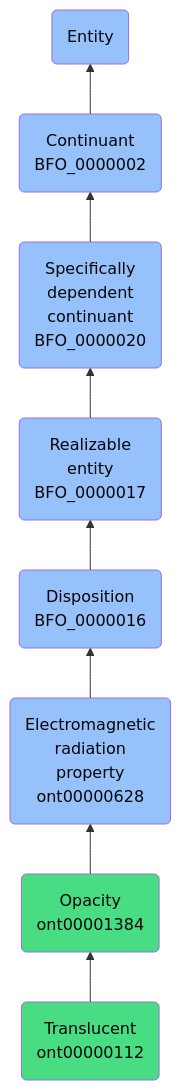
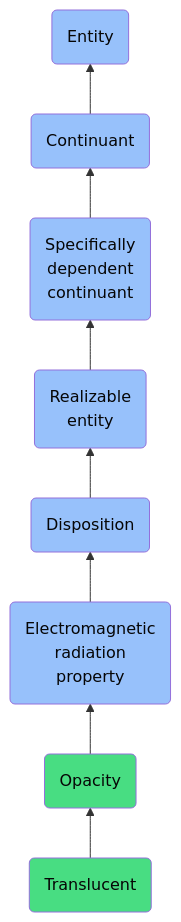
The diagram in docs/ontology/reference/model/Entity/Continuant/Specifically dependent continuant/Realizable entity/Disposition/Electromagnetic radiation property/Opacity/Translucent/Translucent.md (jupyter-naas/abi), drawn with Mermaid before and after one commit. The commit also changed other lines of this file and 1430 other files, not shown here.

````diff
--- a/docs/ontology/reference/model/Entity/Continuant/Specifically dependent continuant/Realizable entity/Disposition/Electromagnetic radiation property/Opacity/Translucent/Translucent.md
+++ b/docs/ontology/reference/model/Entity/Continuant/Specifically dependent continuant/Realizable entity/Disposition/Electromagnetic radiation property/Opacity/Translucent/Translucent.md
@@ -24,15 +24,15 @@
 ```mermaid
 graph BT
-    ont00000112(Translucent<br>ont00000112):::ABI-->ont00001384
-    ont00001384(Opacity<br>ont00001384):::ABI-->ont00000628
-    ont00000628(Electromagnetic<br>radiation<br>property<br>ont00000628):::BFO-->BFO_0000016
-    BFO_0000016(Disposition<br>BFO_0000016):::BFO-->BFO_0000017
-    BFO_0000017(Realizable<br>entity<br>BFO_0000017):::BFO-->BFO_0000020
-    BFO_0000020(Specifically<br>dependent<br>continuant<br>BFO_0000020):::BFO-->BFO_0000002
-    BFO_0000002(Continuant<br>BFO_0000002):::BFO-->BFO_0000001
+    ont00000112(Translucent):::ABI-->ont00001384
+    ont00001384(Opacity):::ABI-->ont00000628
+    ont00000628(Electromagnetic<br>radiation<br>property):::BFO-->BFO_0000016
+    BFO_0000016(Disposition):::BFO-->BFO_0000017
+    BFO_0000017(Realizable<br>entity):::BFO-->BFO_0000020
+    BFO_0000020(Specifically<br>dependent<br>continuant):::BFO-->BFO_0000002
+    BFO_0000002(Continuant):::BFO-->BFO_0000001
     BFO_0000001(Entity):::BFO
     
     classDef BFO fill:#97c1fb,color:#060606
     classDef CCO fill:#e4c51e,color:#060606
     classDef ABI fill:#48DD82,color:#060606
 ```
````
